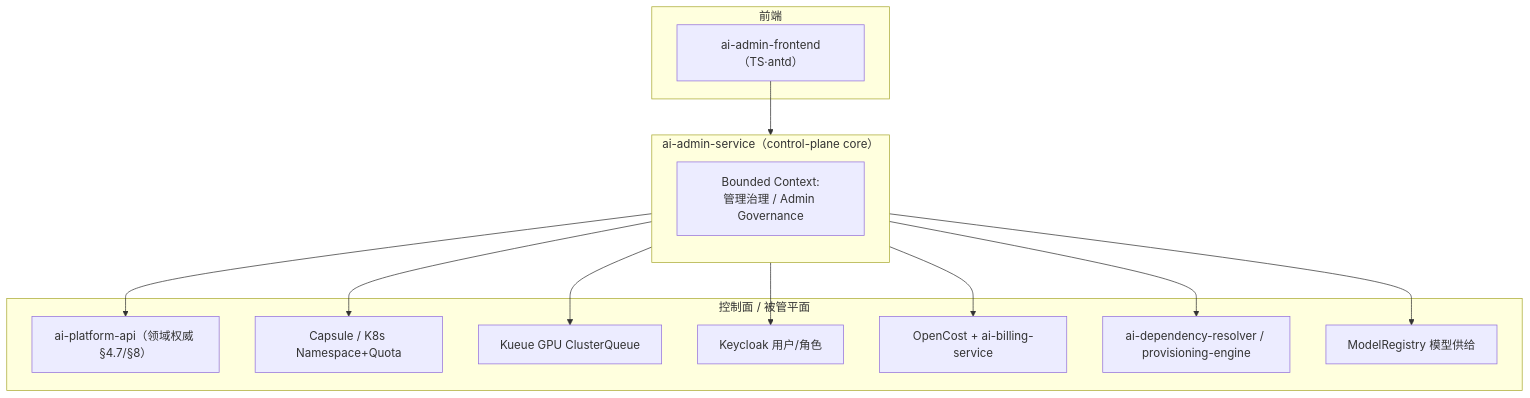
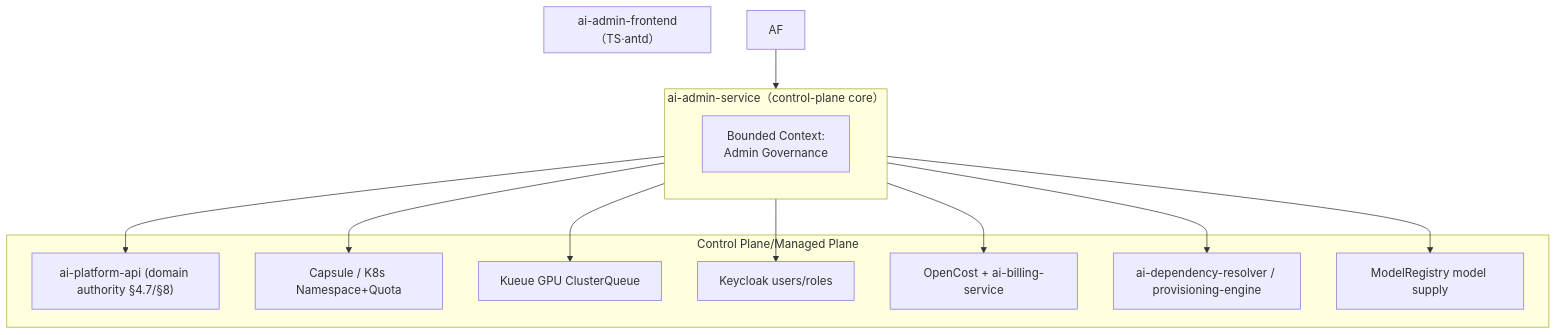
The first of 5 diagrams in design/DESIGN.md (open-strata-ai/ai-admin-service), drawn with Mermaid before and after one commit. The commit also changed other lines of this file and 9 other files, not shown here.

````diff
--- a/design/DESIGN.md
+++ b/design/DESIGN.md
@@ -23,27 +23,27 @@
 ```mermaid
 graph TB
-    subgraph 前端
+    subgraph front end
         AF["ai-admin-frontend（TS·antd）"]
     end
-    subgraph 本服务["ai-admin-service（control-plane core）"]
+    subgraph This service["ai-admin-service（control-plane core）"]
         direction TB
-        BC["Bounded Context:<br/>管理治理 / Admin Governance"]
+        BC["Bounded Context:<br/>Admin Governance"]
     end
-    subgraph 被管平面["控制面 / 被管平面"]
-        API["ai-platform-api（领域权威 §4.7/§8）"]
+    subgraph managed plane["Control Plane/Managed Plane"]
+        API["ai-platform-api (domain authority §4.7/§8)"]
         CAP["Capsule / K8s Namespace+Quota"]
         QUEUE["Kueue GPU ClusterQueue"]
-        KC["Keycloak 用户/角色"]
+        KC["Keycloak users/roles"]
         COST["OpenCost + ai-billing-service"]
         MANI["ai-dependency-resolver / provisioning-engine"]
-        MR["ModelRegistry 模型供给"]
+        MR["ModelRegistry model supply"]
     end
     AF --> BC
     BC --> API
     BC --> CAP
     BC --> QUEUE
     BC --> KC
     BC --> COST
     BC --> MANI
     BC --> MR
 ```
````
